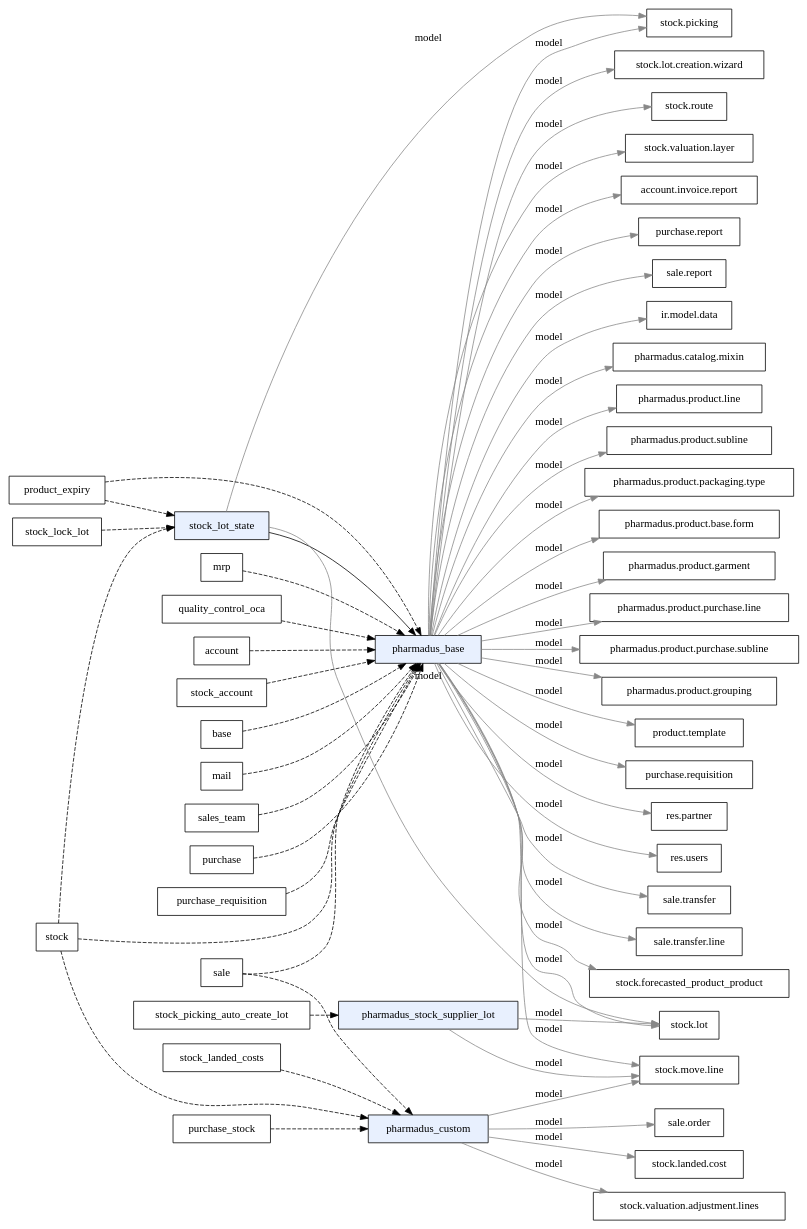
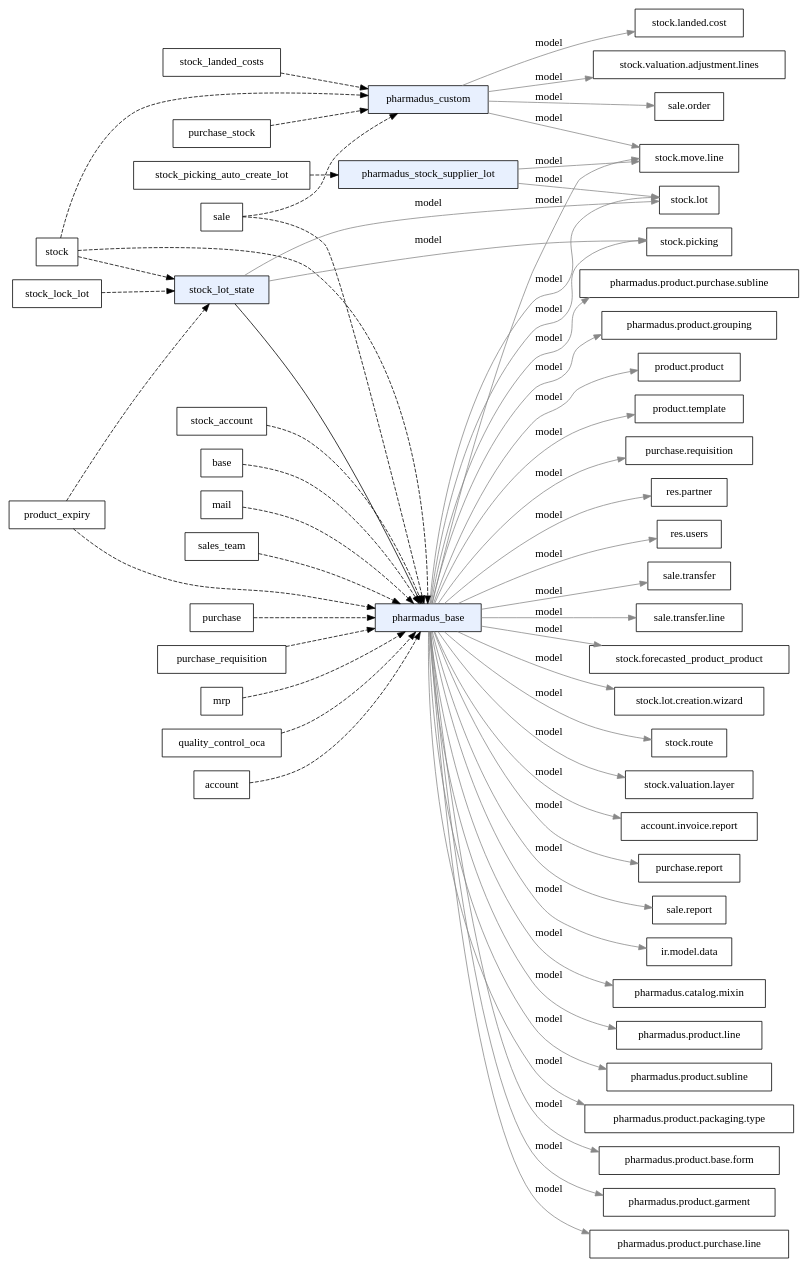
The diagram in .skills/project-graph/graph/addons-dependencies.dot (Ipharmadus/odoo), drawn with Graphviz before and after one commit. The commit also changed 7 other files, not shown here.

```diff
--- a/.skills/project-graph/graph/addons-dependencies.dot
+++ b/.skills/project-graph/graph/addons-dependencies.dot
@@ -1,63 +1,64 @@
 digraph pharmadus_addons {
   rankdir=LR;
   node [shape=box];
   "pharmadus_base" [style=filled, fillcolor="#e8f0fe"];
   "base" -> "pharmadus_base" [style=dashed];
   "mail" -> "pharmadus_base" [style=dashed];
   "sales_team" -> "pharmadus_base" [style=dashed];
   "sale" -> "pharmadus_base" [style=dashed];
   "purchase" -> "pharmadus_base" [style=dashed];
   "purchase_requisition" -> "pharmadus_base" [style=dashed];
   "stock" -> "pharmadus_base" [style=dashed];
   "mrp" -> "pharmadus_base" [style=dashed];
   "stock_lot_state" -> "pharmadus_base" [style=solid];
   "product_expiry" -> "pharmadus_base" [style=dashed];
   "quality_control_oca" -> "pharmadus_base" [style=dashed];
   "account" -> "pharmadus_base" [style=dashed];
   "stock_account" -> "pharmadus_base" [style=dashed];
   "pharmadus_base" -> "ir.model.data" [label="model", color="#888888"];
   "pharmadus_base" -> "pharmadus.catalog.mixin" [label="model", color="#888888"];
   "pharmadus_base" -> "pharmadus.product.line" [label="model", color="#888888"];
   "pharmadus_base" -> "pharmadus.product.subline" [label="model", color="#888888"];
   "pharmadus_base" -> "pharmadus.product.packaging.type" [label="model", color="#888888"];
   "pharmadus_base" -> "pharmadus.product.base.form" [label="model", color="#888888"];
   "pharmadus_base" -> "pharmadus.product.garment" [label="model", color="#888888"];
   "pharmadus_base" -> "pharmadus.product.purchase.line" [label="model", color="#888888"];
   "pharmadus_base" -> "pharmadus.product.purchase.subline" [label="model", color="#888888"];
   "pharmadus_base" -> "pharmadus.product.grouping" [label="model", color="#888888"];
+  "pharmadus_base" -> "product.product" [label="model", color="#888888"];
   "pharmadus_base" -> "product.template" [label="model", color="#888888"];
   "pharmadus_base" -> "purchase.requisition" [label="model", color="#888888"];
   "pharmadus_base" -> "res.partner" [label="model", color="#888888"];
   "pharmadus_base" -> "res.users" [label="model", color="#888888"];
   "pharmadus_base" -> "sale.transfer" [label="model", color="#888888"];
   "pharmadus_base" -> "sale.transfer.line" [label="model", color="#888888"];
   "pharmadus_base" -> "stock.forecasted_product_product" [label="model", color="#888888"];
   "pharmadus_base" -> "stock.lot" [label="model", color="#888888"];
   "pharmadus_base" -> "stock.lot.creation.wizard" [label="model", color="#888888"];
   "pharmadus_base" -> "stock.move.line" [label="model", color="#888888"];
   "pharmadus_base" -> "stock.picking" [label="model", color="#888888"];
   "pharmadus_base" -> "stock.route" [label="model", color="#888888"];
   "pharmadus_base" -> "stock.valuation.layer" [label="model", color="#888888"];
   "pharmadus_base" -> "account.invoice.report" [label="model", color="#888888"];
   "pharmadus_base" -> "purchase.report" [label="model", color="#888888"];
   "pharmadus_base" -> "sale.report" [label="model", color="#888888"];
   "pharmadus_custom" [style=filled, fillcolor="#e8f0fe"];
   "sale" -> "pharmadus_custom" [style=dashed];
   "stock" -> "pharmadus_custom" [style=dashed];
   "purchase_stock" -> "pharmadus_custom" [style=dashed];
   "stock_landed_costs" -> "pharmadus_custom" [style=dashed];
   "pharmadus_custom" -> "sale.order" [label="model", color="#888888"];
   "pharmadus_custom" -> "stock.landed.cost" [label="model", color="#888888"];
   "pharmadus_custom" -> "stock.move.line" [label="model", color="#888888"];
   "pharmadus_custom" -> "stock.valuation.adjustment.lines" [label="model", color="#888888"];
   "pharmadus_stock_supplier_lot" [style=filled, fillcolor="#e8f0fe"];
   "stock_picking_auto_create_lot" -> "pharmadus_stock_supplier_lot" [style=dashed];
   "pharmadus_stock_supplier_lot" -> "stock.lot" [label="model", color="#888888"];
   "pharmadus_stock_supplier_lot" -> "stock.move.line" [label="model", color="#888888"];
   "stock_lot_state" [style=filled, fillcolor="#e8f0fe"];
   "stock" -> "stock_lot_state" [style=dashed];
   "product_expiry" -> "stock_lot_state" [style=dashed];
   "stock_lock_lot" -> "stock_lot_state" [style=dashed];
   "stock_lot_state" -> "stock.lot" [label="model", color="#888888"];
   "stock_lot_state" -> "stock.picking" [label="model", color="#888888"];
 }
```
